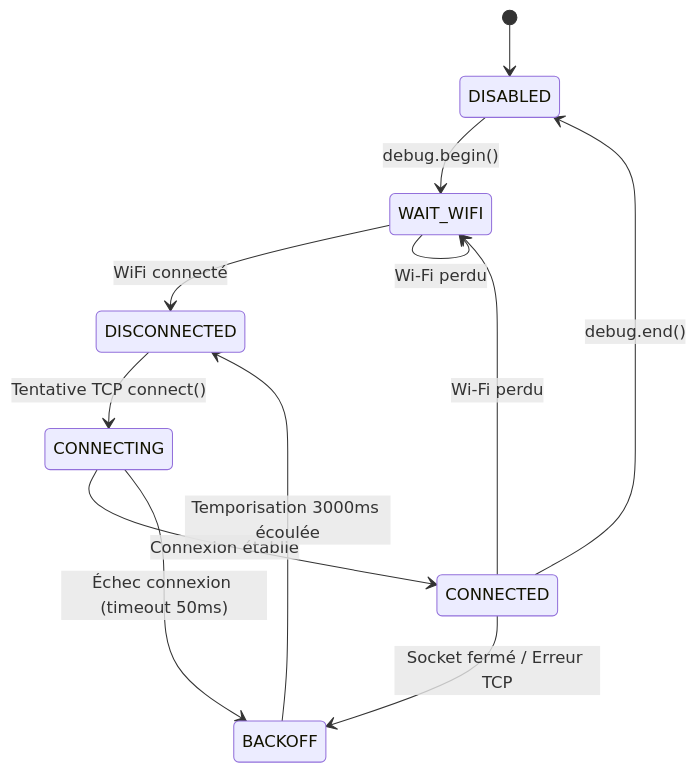
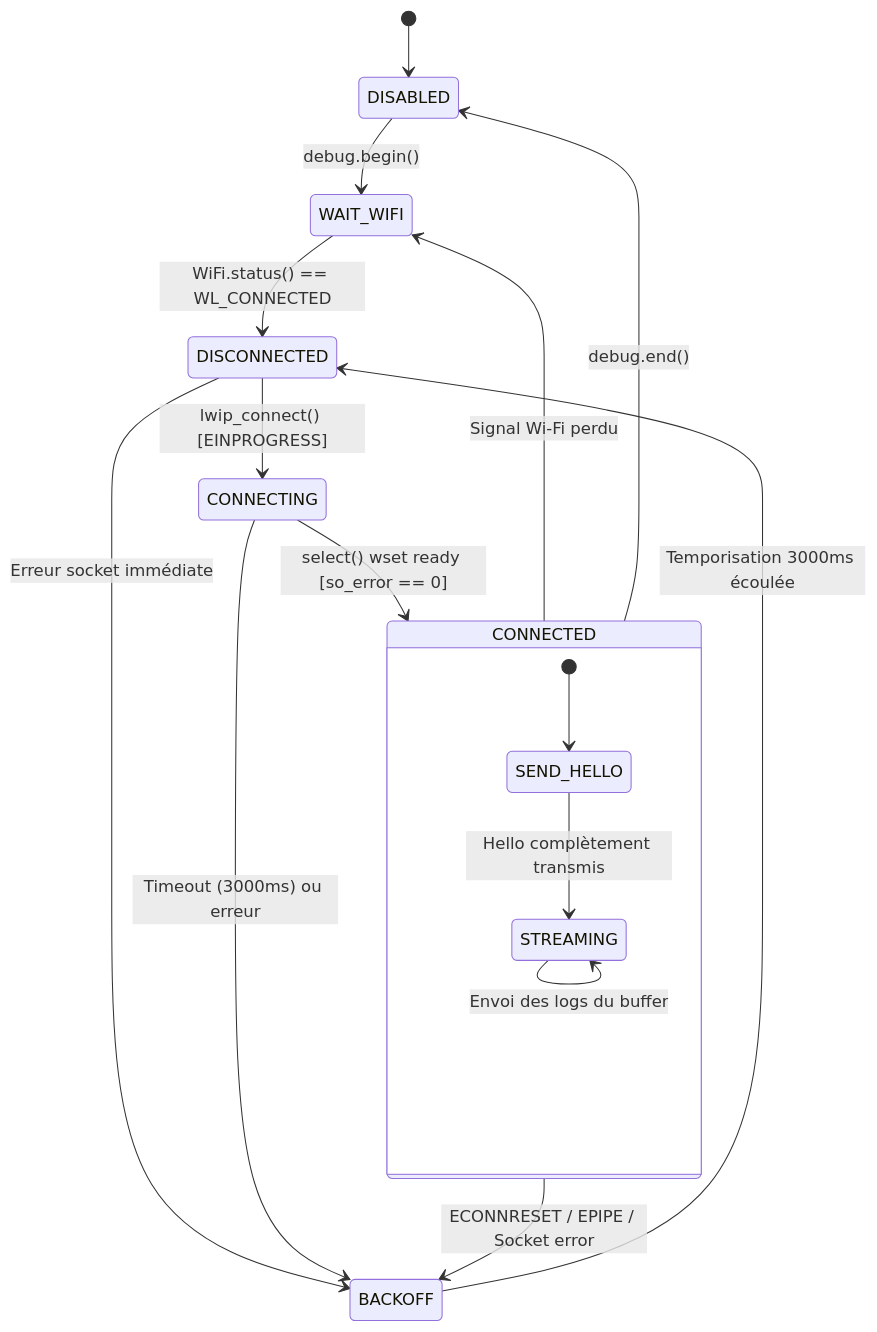
The second of 2 diagrams in docs/ARCHITECTURE.md (calmtechnology-ch/CoreS3-DebugMonitor), drawn with Mermaid before and after one commit. The commit also changed other lines of this file and 32 other files, not shown here.

````diff
--- a/docs/ARCHITECTURE.md
+++ b/docs/ARCHITECTURE.md
@@ -52,14 +69,19 @@
 ```mermaid
 stateDiagram-v2
     [*] --> DISABLED
     DISABLED --> WAIT_WIFI : debug.begin()
-    WAIT_WIFI --> DISCONNECTED : WiFi connecté
-    DISCONNECTED --> CONNECTING : Tentative TCP connect()
-    CONNECTING --> CONNECTED : Connexion établie
-    CONNECTING --> BACKOFF : Échec connexion (timeout 50ms)
-    CONNECTED --> BACKOFF : Socket fermé / Erreur TCP
+    WAIT_WIFI --> DISCONNECTED : WiFi.status() == WL_CONNECTED
+    DISCONNECTED --> CONNECTING : lwip_connect() [EINPROGRESS]
+    DISCONNECTED --> BACKOFF : Erreur socket immédiate
+    CONNECTING --> CONNECTED : select() wset ready [so_error == 0]
+    CONNECTING --> BACKOFF : Timeout (3000ms) ou erreur
+    state CONNECTED {
+        [*] --> SEND_HELLO
+        SEND_HELLO --> STREAMING : Hello complètement transmis
+        STREAMING --> STREAMING : Envoi des logs du buffer
+    }
+    CONNECTED --> BACKOFF : ECONNRESET / EPIPE / Socket error
+    CONNECTED --> WAIT_WIFI : Signal Wi-Fi perdu
     BACKOFF --> DISCONNECTED : Temporisation 3000ms écoulée
-    WAIT_WIFI --> WAIT_WIFI : Wi-Fi perdu
-    CONNECTED --> WAIT_WIFI : Wi-Fi perdu
     CONNECTED --> DISABLED : debug.end()
 ```
````
